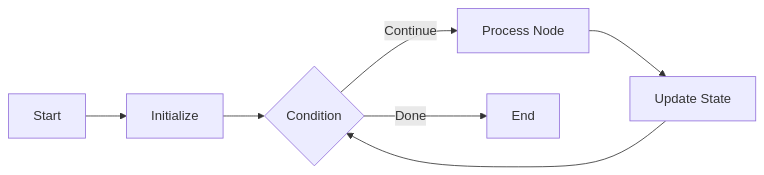
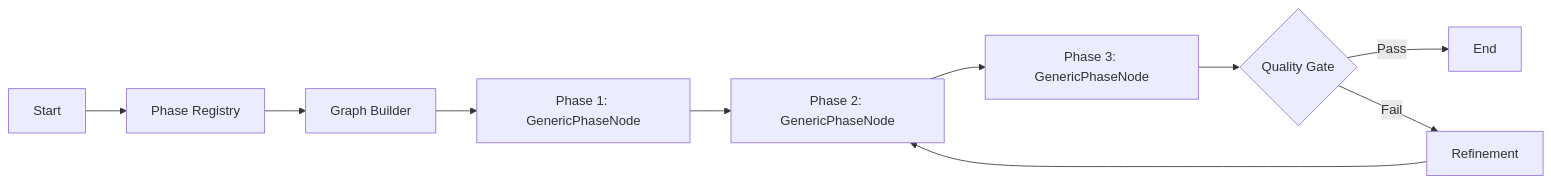
One commit to fblgit/agentool changed the sixth of 11 diagrams in docs/GRAPH_ARCHITECTURE.md. Above: the diagram before and after it, drawn with Mermaid. The commit also changed other lines of this file and 7 other files, not shown here.

````diff
--- a/docs/GRAPH_ARCHITECTURE.md
+++ b/docs/GRAPH_ARCHITECTURE.md
@@ -291,9 +382,12 @@
 ```mermaid
 graph LR
-    Start --> Init[Initialize]
-    Init --> Check{Condition}
-    Check -->|Continue| Process[Process Node]
-    Process --> Update[Update State]
-    Update --> Check
-    Check -->|Done| End
+    Start --> Registry[Phase Registry]
+    Registry --> Builder[Graph Builder]
+    Builder --> P1[Phase 1: GenericPhaseNode]
+    P1 --> P2[Phase 2: GenericPhaseNode]
+    P2 --> P3[Phase 3: GenericPhaseNode]
+    P3 --> Quality{Quality Gate}
+    Quality -->|Pass| End
+    Quality -->|Fail| Refine[Refinement]
+    Refine --> P2
 ```
````
